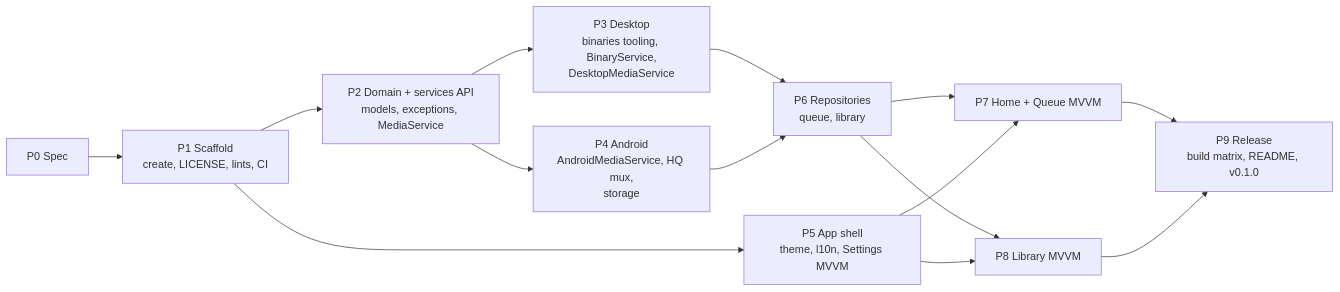
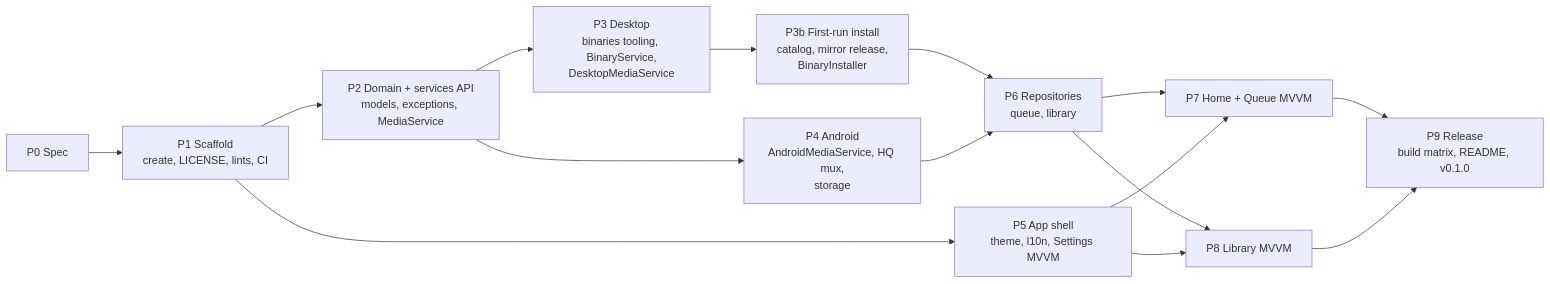
Before and after one commit to vasile-novatchii/ftube: the eighth of 8 diagrams in docs/spec.md, drawn with Mermaid. The commit also changed other lines of this file and 19 other files, not shown here.

First line of the commit message:
feat: install desktop binaries on first launch (P3b)

````diff
--- a/docs/spec.md
+++ b/docs/spec.md
@@ -372,16 +416,17 @@
 ```mermaid
 flowchart LR
   p0["P0 Spec"] --> p1["P1 Scaffold<br/>create, LICENSE, lints, CI"]
   p1 --> p2["P2 Domain + services API<br/>models, exceptions, MediaService"]
   p2 --> p3["P3 Desktop<br/>binaries tooling, BinaryService,<br/>DesktopMediaService"]
   p2 --> p4["P4 Android<br/>AndroidMediaService, HQ mux,<br/>storage"]
   p1 --> p5["P5 App shell<br/>theme, l10n, Settings MVVM"]
-  p3 --> p6["P6 Repositories<br/>queue, library"]
+  p3 --> p3b["P3b First-run install<br/>catalog, mirror release,<br/>BinaryInstaller"]
+  p3b --> p6["P6 Repositories<br/>queue, library"]
   p4 --> p6
   p6 --> p7["P7 Home + Queue MVVM"]
   p5 --> p7
   p6 --> p8["P8 Library MVVM"]
   p5 --> p8
   p7 --> p9["P9 Release<br/>build matrix, README, v0.1.0"]
   p8 --> p9
 ```
````
